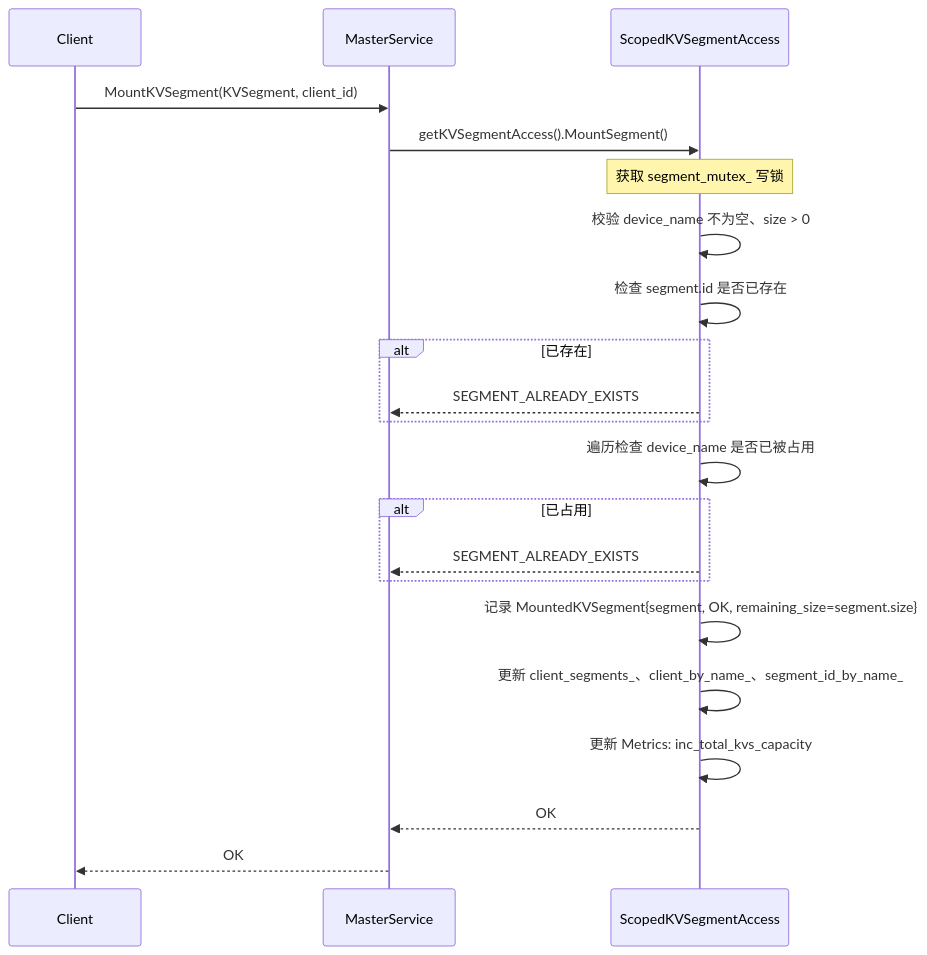
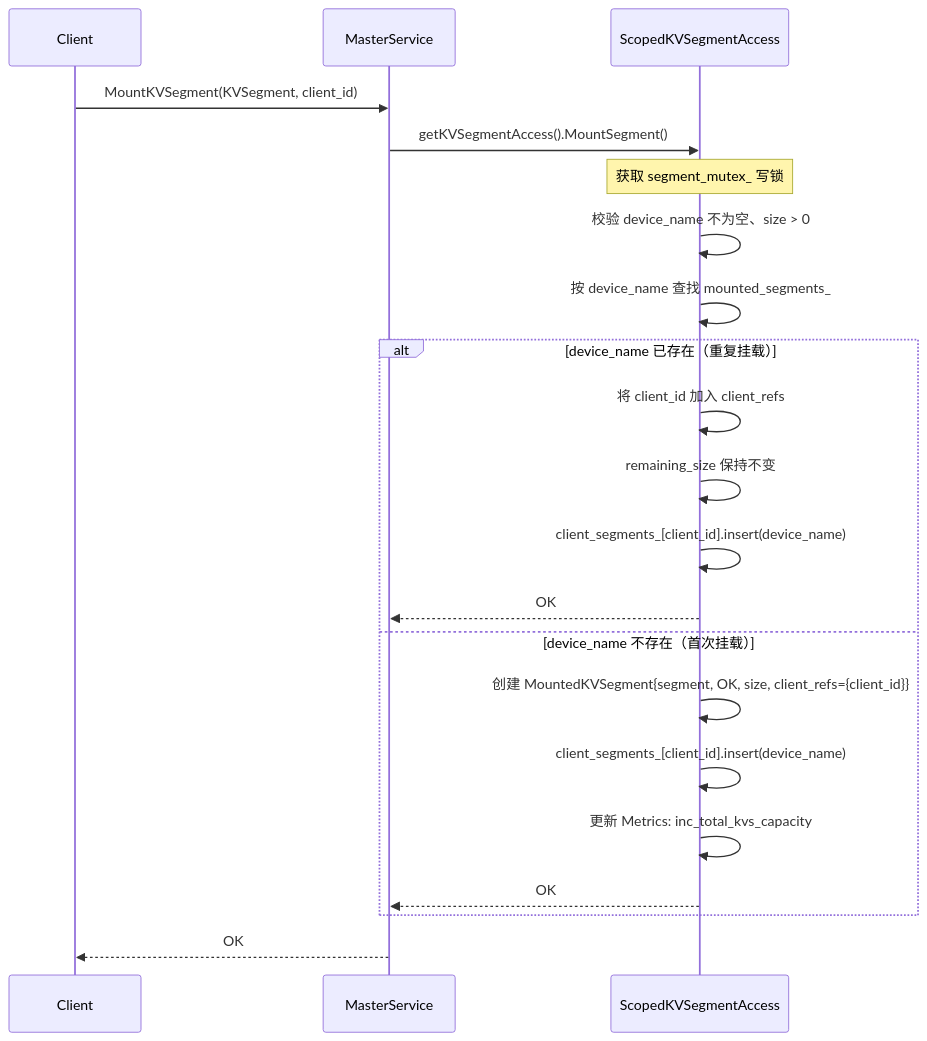
One commit to yz53665/Mooncake changed the fourth of 10 diagrams in mooncake-store/docs/KVUSegment_design.md. Above: the diagram before and after it, drawn with Mermaid. The commit also changed other lines of this file, not shown here.

````diff
--- a/mooncake-store/docs/KVUSegment_design.md
+++ b/mooncake-store/docs/KVUSegment_design.md
@@ -221,27 +233,27 @@
 ```mermaid
 sequenceDiagram
     participant Client
     participant MS as MasterService
     participant SA as ScopedKVSegmentAccess
 
     Client->>MS: MountKVSegment(KVSegment, client_id)
     MS->>SA: getKVSegmentAccess().MountSegment()
     Note over SA: 获取 segment_mutex_ 写锁
 
     SA->>SA: 校验 device_name 不为空、size > 0
-    SA->>SA: 检查 segment.id 是否已存在
-    alt 已存在
-        SA-->>MS: SEGMENT_ALREADY_EXISTS
-    end
-    SA->>SA: 遍历检查 device_name 是否已被占用
-    alt 已占用
-        SA-->>MS: SEGMENT_ALREADY_EXISTS
+    SA->>SA: 按 device_name 查找 mounted_segments_
+
+    alt device_name 已存在（重复挂载）
+        SA->>SA: 将 client_id 加入 client_refs
+        SA->>SA: remaining_size 保持不变
+        SA->>SA: client_segments_[client_id].insert(device_name)
+        SA-->>MS: OK
+    else device_name 不存在（首次挂载）
+        SA->>SA: 创建 MountedKVSegment{segment, OK, size, client_refs={client_id}}
+        SA->>SA: client_segments_[client_id].insert(device_name)
+        SA->>SA: 更新 Metrics: inc_total_kvs_capacity
+        SA-->>MS: OK
     end
 
-    SA->>SA: 记录 MountedKVSegment{segment, OK, remaining_size=segment.size}
-    SA->>SA: 更新 client_segments_、client_by_name_、segment_id_by_name_
-    SA->>SA: 更新 Metrics: inc_total_kvs_capacity
-
-    SA-->>MS: OK
     MS-->>Client: OK
 ```
````
